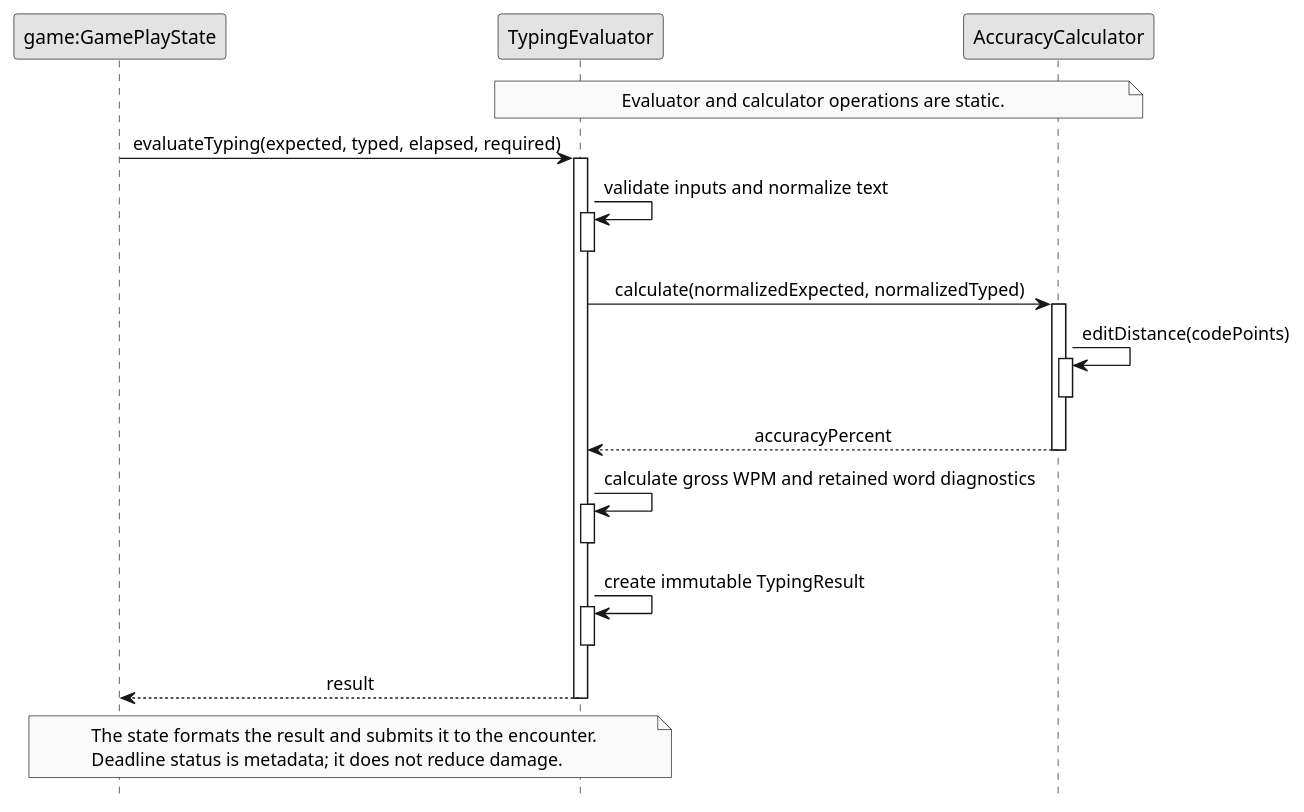
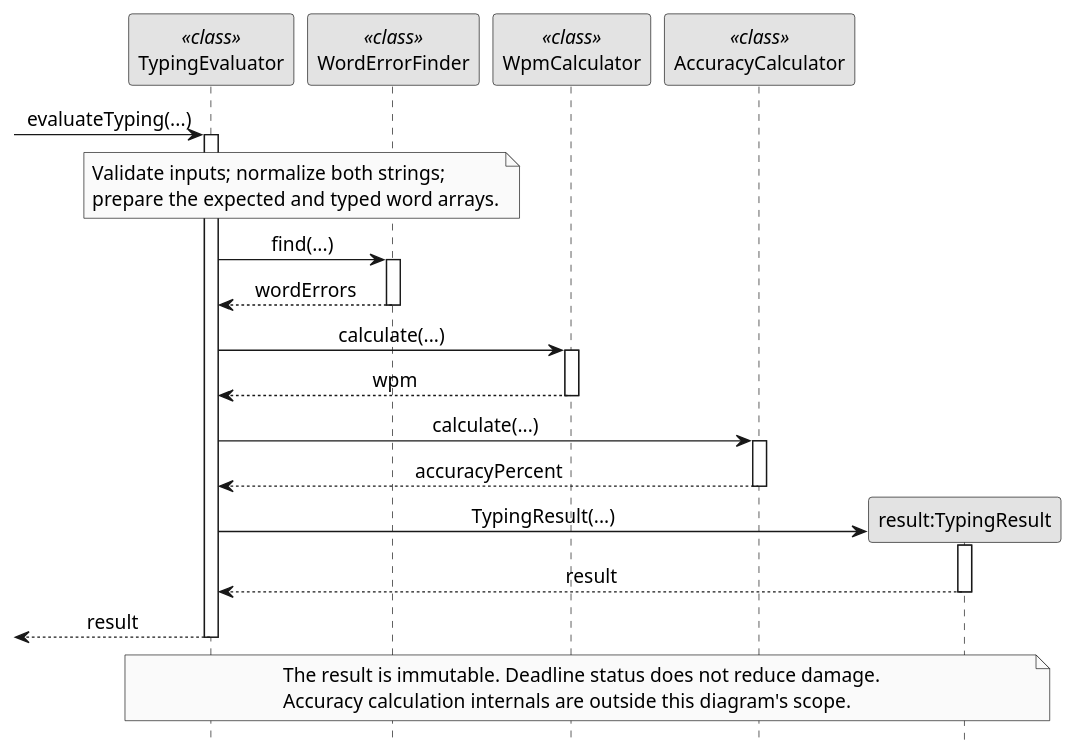
One commit to AY2627S1-CS2113-W12-4/tp changed the diagram in docs/diagrams/typing-evaluation.puml. Above: the diagram before and after it, drawn with PlantUML. The commit also changed 25 other files, not shown here.

```diff
--- a/docs/diagrams/typing-evaluation.puml
+++ b/docs/diagrams/typing-evaluation.puml
@@ -1,37 +1,49 @@
 @startuml
-' Focus: evaluation of a snapshot; terminal and combat calls are intentionally omitted.
+' Scope: successful snapshot evaluation; input, formatting and combat are outside this interaction.
 hide footbox
 skinparam monochrome true
+skinparam defaultFontName Arial
+skinparam backgroundColor white
 skinparam shadowing false
+skinparam defaultFontSize 14
 skinparam sequenceMessageAlign center
-participant "game:GamePlayState" as game
-participant "TypingEvaluator" as evaluator
-participant "AccuracyCalculator" as accuracy
-note over evaluator, accuracy
-  Evaluator and calculator operations are static.
+participant "TypingEvaluator" as evaluator <<class>>
+participant "WordErrorFinder" as errors <<class>>
+participant "WpmCalculator" as speed <<class>>
+participant "AccuracyCalculator" as accuracy <<class>>
+
+[-> evaluator : evaluateTyping(...)
+activate evaluator
+note over evaluator, errors
+  Validate inputs; normalize both strings;
+  prepare the expected and typed word arrays.
 end note
-game -> evaluator : evaluateTyping(expected, typed, elapsed, required)
-activate evaluator
-evaluator -> evaluator : validate inputs and normalize text
-activate evaluator
-deactivate evaluator
-evaluator -> accuracy : calculate(normalizedExpected, normalizedTyped)
+
+evaluator -> errors : find(...)
+activate errors
+errors --> evaluator : wordErrors
+deactivate errors
+
+evaluator -> speed : calculate(...)
+activate speed
+speed --> evaluator : wpm
+deactivate speed
+
+evaluator -> accuracy : calculate(...)
 activate accuracy
-accuracy -> accuracy : editDistance(codePoints)
-activate accuracy
-deactivate accuracy
 accuracy --> evaluator : accuracyPercent
 deactivate accuracy
-evaluator -> evaluator : calculate gross WPM and retained word diagnostics
-activate evaluator
+
+create participant "result:TypingResult" as result
+evaluator -> result : TypingResult(...)
+activate result
+result --> evaluator : result
+deactivate result
+
+[<-- evaluator : result
 deactivate evaluator
-evaluator -> evaluator : create immutable TypingResult
-activate evaluator
-deactivate evaluator
-evaluator --> game : result
-deactivate evaluator
-note over game, evaluator
-  The state formats the result and submits it to the encounter.
-  Deadline status is metadata; it does not reduce damage.
+note over evaluator, result
+  The result is immutable. Deadline status does not reduce damage.
+  Accuracy calculation internals are outside this diagram's scope.
 end note
 @enduml
```
